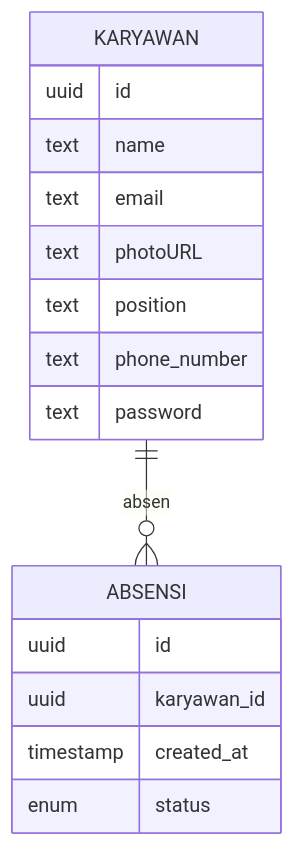
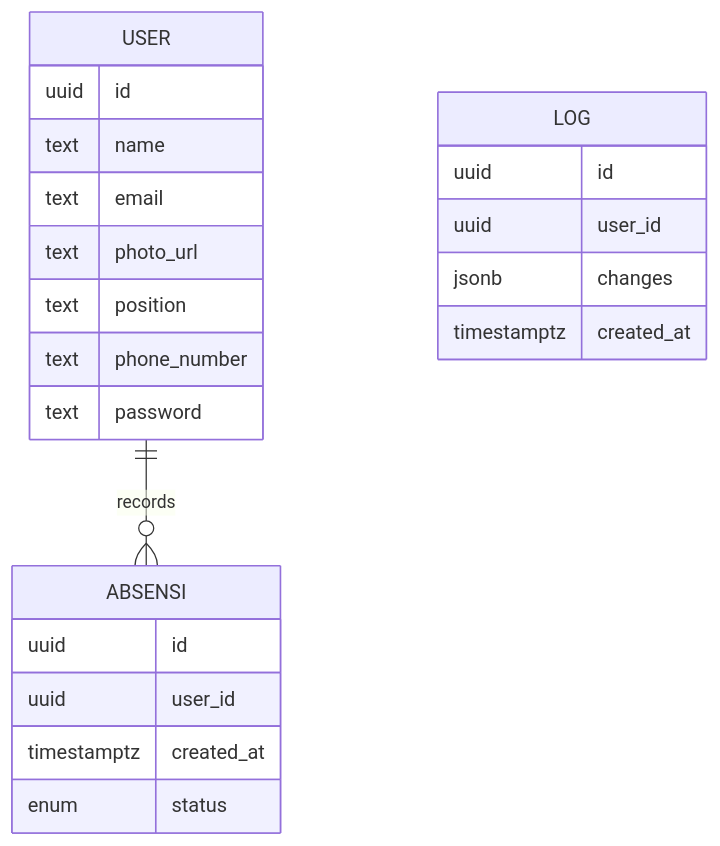
The second of 2 diagrams in README.md (ricky-gunawan/dexa-technical-test), drawn with Mermaid before and after one commit. The commit also changed other lines of this file and 1 other file, not shown here.

````diff
--- a/README.md
+++ b/README.md
@@ -55,19 +57,25 @@
 ```mermaid
 erDiagram
-    KARYAWAN {
+    USER ||--o{ ABSENSI : records
+    USER {
         uuid id
         text name
         text email
-        text photoURL
+        text photo_url
         text position
         text phone_number
         text password
     }
     ABSENSI {
         uuid id
-        uuid karyawan_id
-        timestamp created_at
+        uuid user_id
+        timestamptz created_at
         enum status
     }
-    KARYAWAN ||--o{ ABSENSI : absen
+    LOG {
+        uuid id
+        uuid user_id
+        jsonb changes
+        timestamptz created_at
+    }
 ```
````
